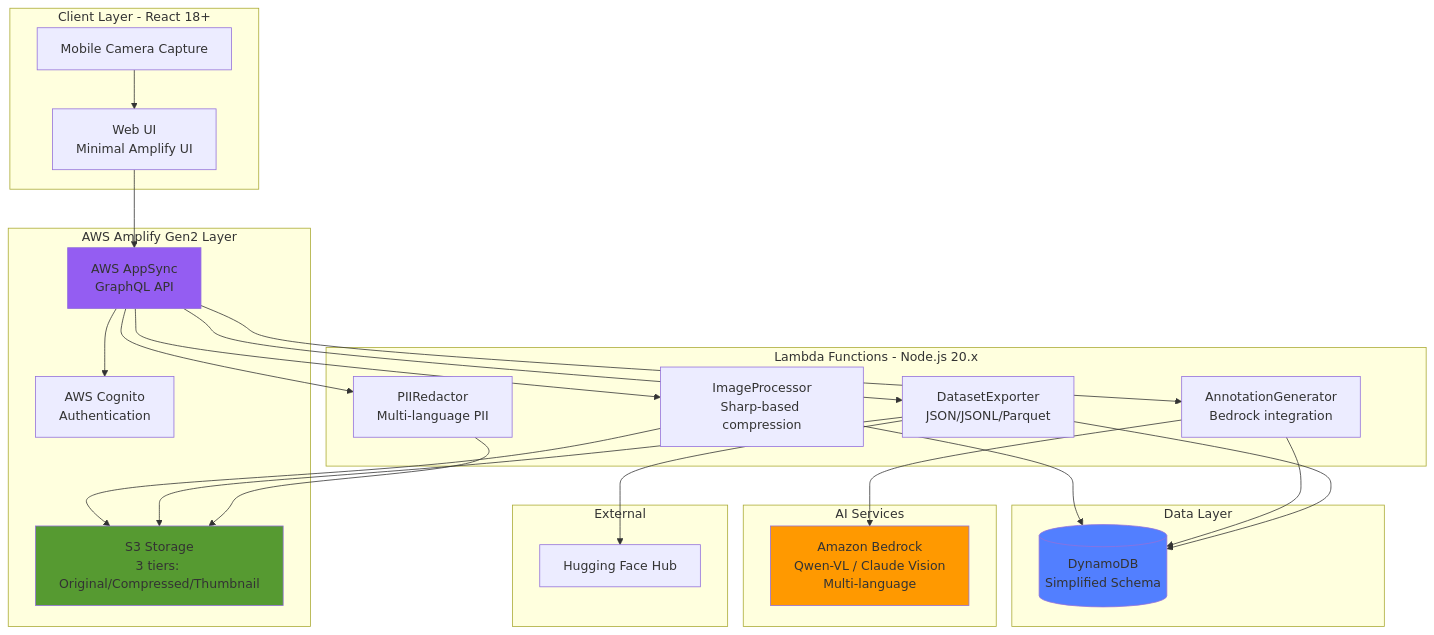
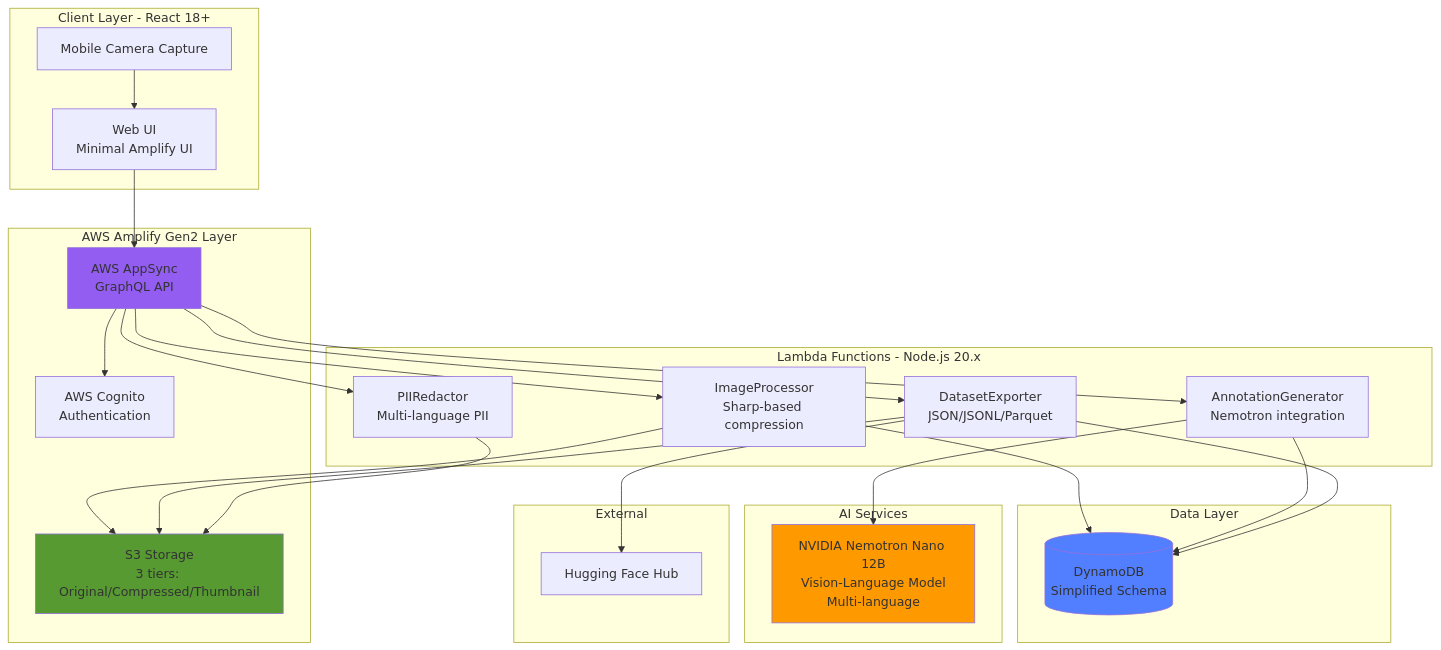
The diagram in spec/design.md (icoxfog417/business-ocr-annotator), drawn with Mermaid before and after one commit. The commit also changed other lines of this file and 5 other files, not shown here.

First line of the commit message:
feat: Switch from Amazon Bedrock to NVIDIA Nemotron Nano 12B

````diff
--- a/spec/design.md
+++ b/spec/design.md
@@ -11,54 +11,54 @@
 ```mermaid
 graph TB
     subgraph "Client Layer - React 18+"
         UI[Web UI<br/>Minimal Amplify UI]
         MobileUI[Mobile Camera Capture]
     end
 
     subgraph "AWS Amplify Gen2 Layer"
         Cognito[AWS Cognito<br/>Authentication]
         AppSync[AWS AppSync<br/>GraphQL API]
         S3Store[S3 Storage<br/>3 tiers: Original/Compressed/Thumbnail]
     end
 
     subgraph "Lambda Functions - Node.js 20.x"
         ImageProc[ImageProcessor<br/>Sharp-based compression]
-        AnnotGen[AnnotationGenerator<br/>Bedrock integration]
+        AnnotGen[AnnotationGenerator<br/>Nemotron integration]
         DatasetExp[DatasetExporter<br/>JSON/JSONL/Parquet]
         PIIRedact[PIIRedactor<br/>Multi-language PII]
     end
 
     subgraph "Data Layer"
         DynamoDB[(DynamoDB<br/>Simplified Schema)]
     end
 
     subgraph "AI Services"
-        Bedrock[Amazon Bedrock<br/>Qwen-VL / Claude Vision<br/>Multi-language]
+        Nemotron[NVIDIA Nemotron Nano 12B<br/>Vision-Language Model<br/>Multi-language]
     end
 
     subgraph "External"
         HF[Hugging Face Hub]
     end
 
     UI --> AppSync
     MobileUI --> UI
     AppSync --> Cognito
     AppSync --> ImageProc
     AppSync --> AnnotGen
     AppSync --> DatasetExp
     AppSync --> PIIRedact
 
     ImageProc --> S3Store
     ImageProc --> DynamoDB
-    AnnotGen --> Bedrock
+    AnnotGen --> Nemotron
     AnnotGen --> DynamoDB
     DatasetExp --> S3Store
     DatasetExp --> DynamoDB
     DatasetExp --> HF
     PIIRedact --> S3Store
 
-    style Bedrock fill:#ff9900
+    style Nemotron fill:#ff9900
     style DynamoDB fill:#527FFF
     style S3Store fill:#569A31
     style AppSync fill:#945DF2
 ```
````
